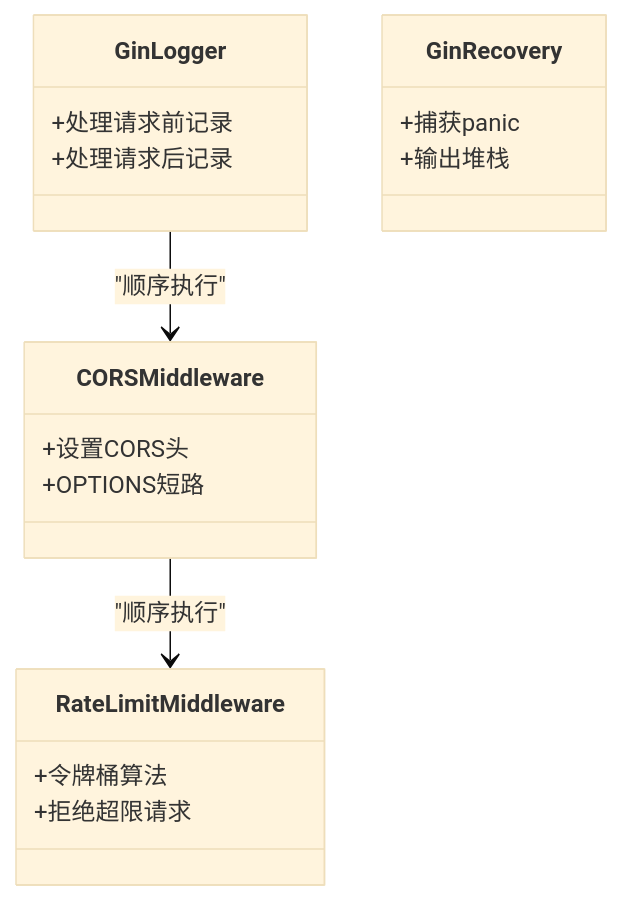
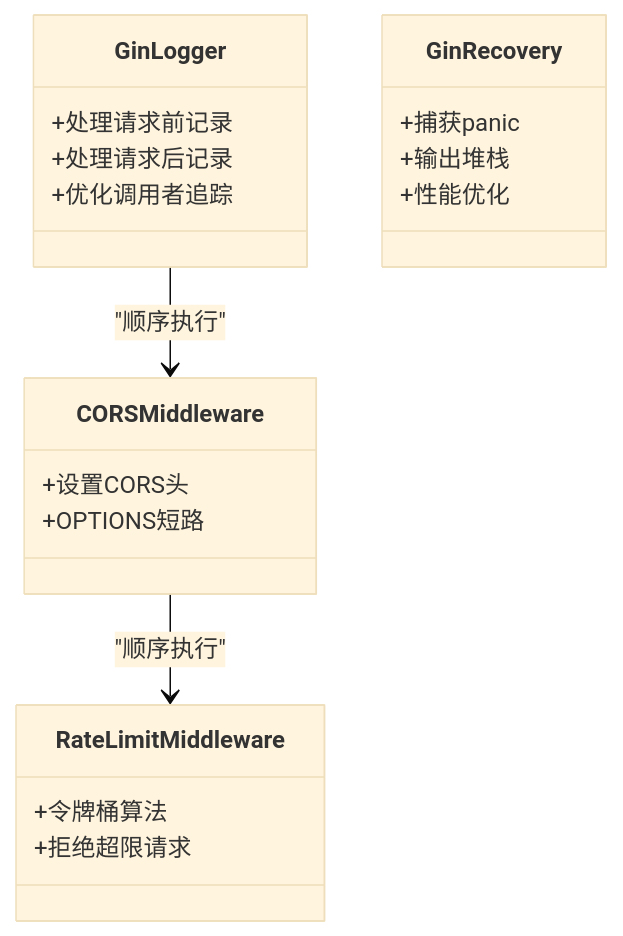
Before and after one commit to tdwu/fast_go: the fourth of 10 diagrams in .lingma/repowiki/zh/content/Web 服务开发/Web 服务开发.md, drawn with Mermaid (base theme). The commit also changed other lines of this file and 2 other files, not shown here.

````diff
--- a/.lingma/repowiki/zh/content/Web 服务开发/Web 服务开发.md
+++ b/.lingma/repowiki/zh/content/Web 服务开发/Web 服务开发.md
@@ -187,21 +202,23 @@
 ```mermaid
 classDiagram
 class GinLogger {
 +处理请求前记录
 +处理请求后记录
++优化调用者追踪
 }
 class GinRecovery {
 +捕获panic
 +输出堆栈
++性能优化
 }
 class CORSMiddleware {
 +设置CORS头
 +OPTIONS短路
 }
 class RateLimitMiddleware {
 +令牌桶算法
 +拒绝超限请求
 }
 GinLogger --> CORSMiddleware : "顺序执行"
 CORSMiddleware --> RateLimitMiddleware : "顺序执行"
 ```
````
